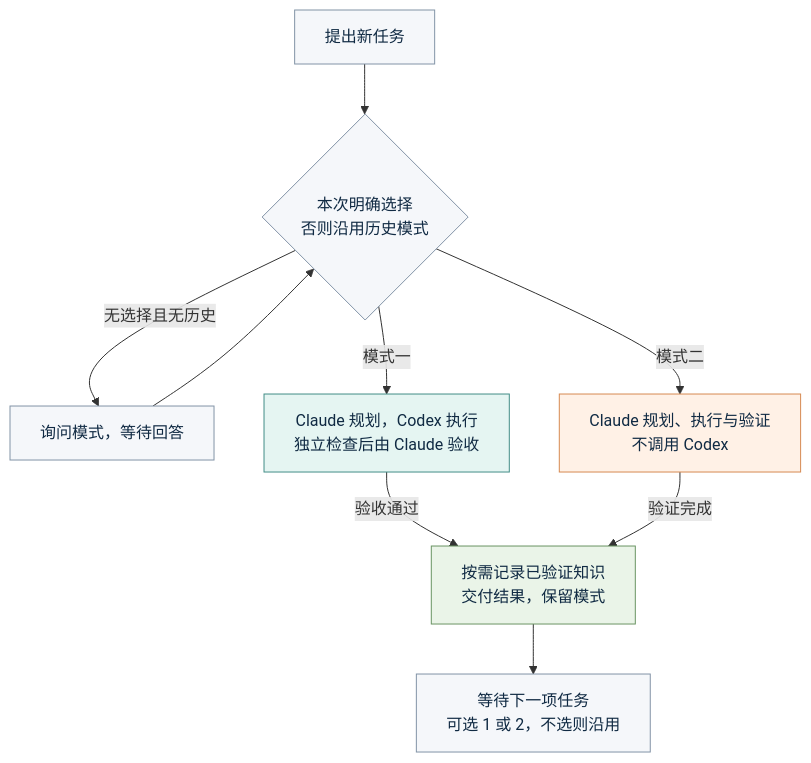
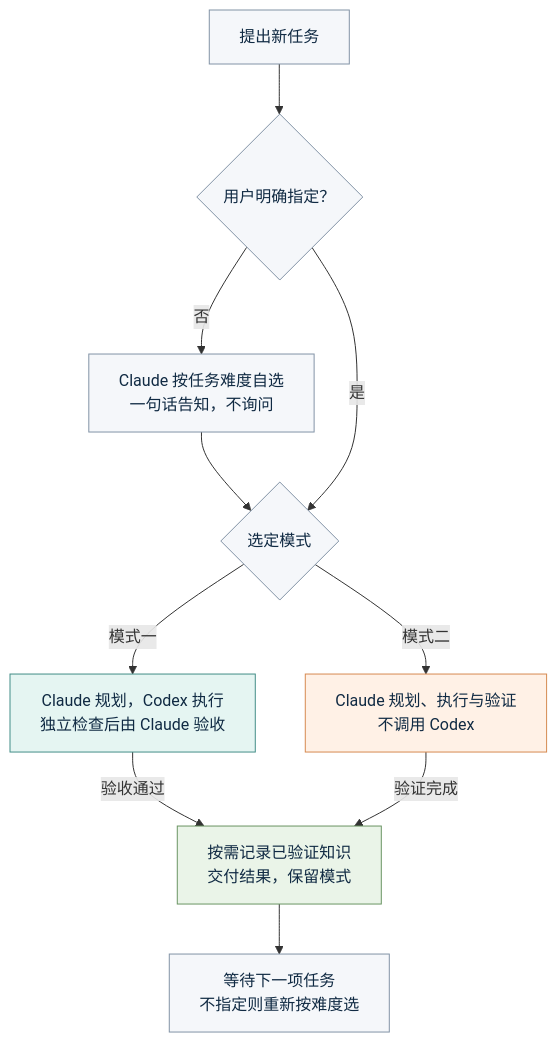
Before and after one commit to Yuwangzhi/claude-codex-loop: the first of 2 diagrams in README.md, drawn with Mermaid. The commit also changed other lines of this file, not shown here.

````diff
--- a/README.md
+++ b/README.md
@@ -24,20 +24,23 @@
 ```mermaid
 flowchart TD
-    U["提出新任务"] --> S{"本次明确选择<br/>否则沿用历史模式"}
-    S -->|无选择且无历史| Q["询问模式，等待回答"]
-    Q --> S
-    S -->|模式一| M1["Claude 规划，Codex 执行<br/>独立检查后由 Claude 验收"]
-    S -->|模式二| M2["Claude 规划、执行与验证<br/>不调用 Codex"]
+    U["提出新任务"] --> S{"用户明确指定？"}
+    S -->|否| Q["Claude 按任务难度自选<br/>一句话告知，不询问"]
+    Q --> S2{"选定模式"}
+    S -->|是| S2
+    S2 -->|模式一| M1
+    S2 -->|模式二| M2
+    M1["Claude 规划，Codex 执行<br/>独立检查后由 Claude 验收"]
+    M2["Claude 规划、执行与验证<br/>不调用 Codex"]
     M1 -->|验收通过| D["按需记录已验证知识<br/>交付结果，保留模式"]
     M2 -->|验证完成| D
-    D --> N["等待下一项任务<br/>可选 1 或 2，不选则沿用"]
+    D --> N["等待下一项任务<br/>不指定则重新按难度选"]
 
     classDef neutral fill:#f5f7fa,stroke:#8293a6,color:#102a43;
     classDef claude fill:#fff1e6,stroke:#d68a51,color:#102a43;
     classDef loop fill:#e5f5f2,stroke:#438d87,color:#102a43;
     classDef done fill:#eaf4e8,stroke:#6a9463,color:#102a43;
-    class U,S,Q,N neutral;
+    class U,S,S2,Q,N neutral;
     class M1 loop;
     class M2 claude;
     class D done;
 ```
````
